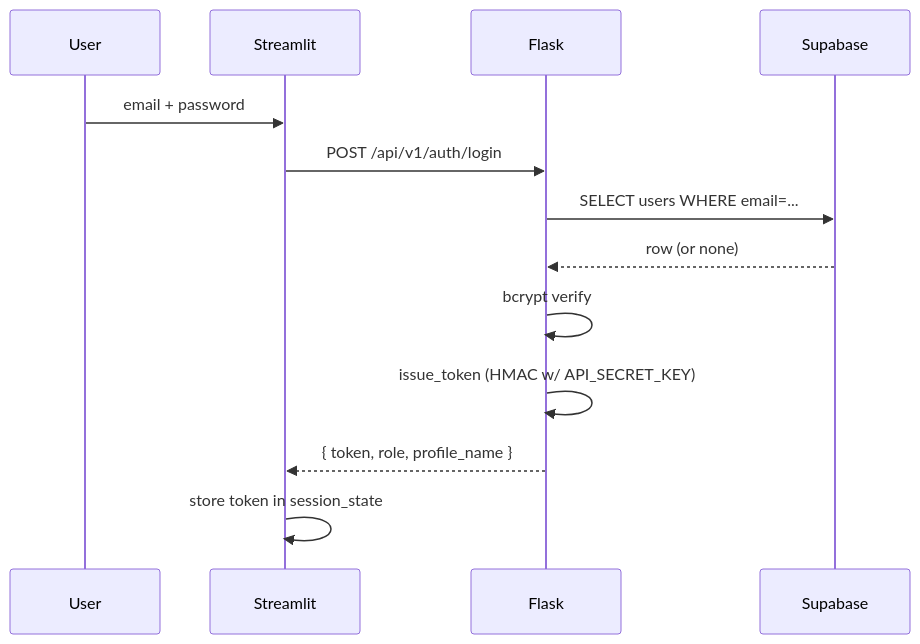
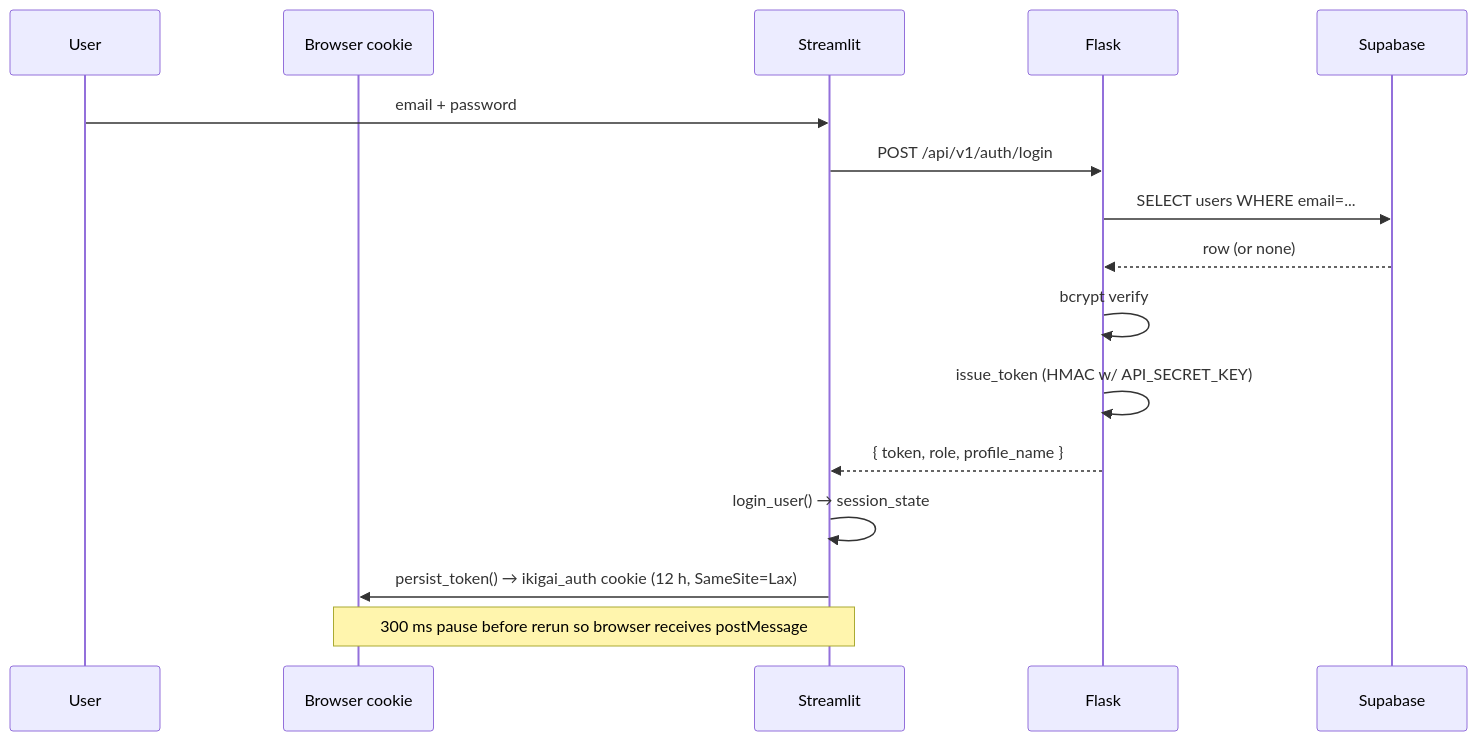
The second of 4 diagrams in ikigai_masala-main/docs/architecture.md (darshancmpawar/Menu_Engineering_App), drawn with Mermaid before and after one commit. The commit also changed other lines of this file and 3 other files, not shown here.

````diff
--- a/ikigai_masala-main/docs/architecture.md
+++ b/ikigai_masala-main/docs/architecture.md
@@ -70,16 +70,19 @@
 ```mermaid
 sequenceDiagram
     participant U as User
+    participant B as Browser cookie
     participant S as Streamlit
     participant F as Flask
     participant DB as Supabase
 
     U->>S: email + password
     S->>F: POST /api/v1/auth/login
     F->>DB: SELECT users WHERE email=...
     DB-->>F: row (or none)
     F->>F: bcrypt verify
     F->>F: issue_token (HMAC w/ API_SECRET_KEY)
     F-->>S: { token, role, profile_name }
-    S->>S: store token in session_state
+    S->>S: login_user() → session_state
+    S->>B: persist_token() → ikigai_auth cookie (12 h, SameSite=Lax)
+    Note over S,B: 300 ms pause before rerun so browser receives postMessage
 ```
````
